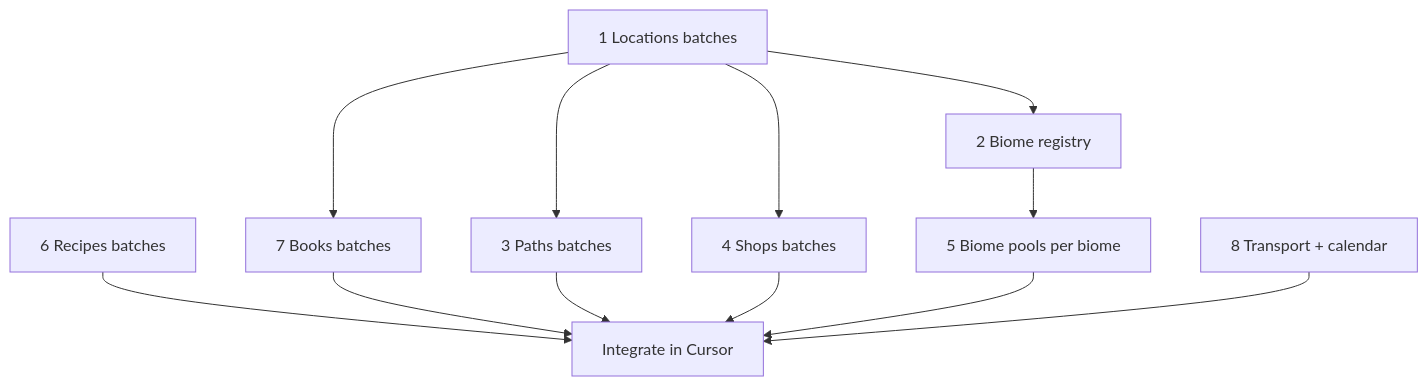
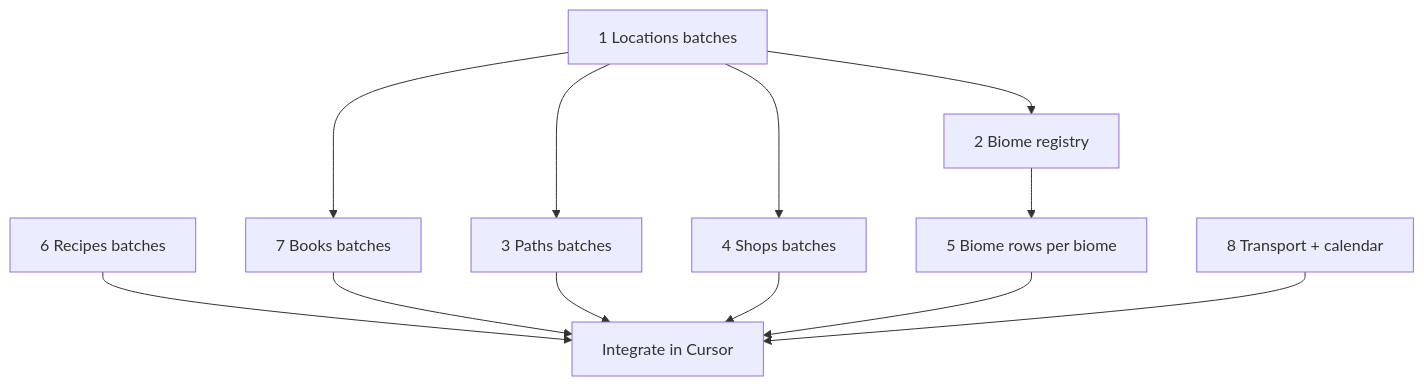
Before and after one commit to Sykander/westmarch-generic: the diagram in docs/internal/projects/prompt-generation/README.md, drawn with Mermaid. The commit also changed other lines of this file and 51 other files, not shown here.

````diff
--- a/docs/internal/projects/prompt-generation/README.md
+++ b/docs/internal/projects/prompt-generation/README.md
@@ -60,23 +60,23 @@
 ```mermaid
 flowchart TD
   L[1 Locations batches]
   BR[2 Biome registry]
   P[3 Paths batches]
   S[4 Shops batches]
-  BP[5 Biome pools per biome]
+  BP[5 Biome rows per biome]
   R[6 Recipes batches]
   B[7 Books batches]
   WT[8 Transport + calendar]
 
   L --> P
   L --> S
   L --> BR
   BR --> BP
   L --> B
   R --> INT[Integrate in Cursor]
   B --> INT
   P --> INT
   S --> INT
   BP --> INT
   WT --> INT
 ```
````
